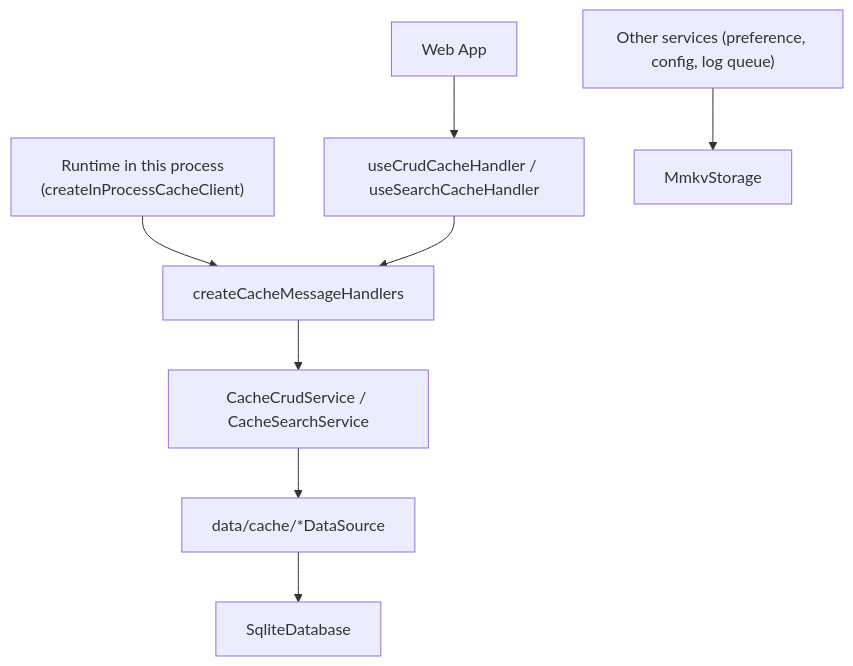
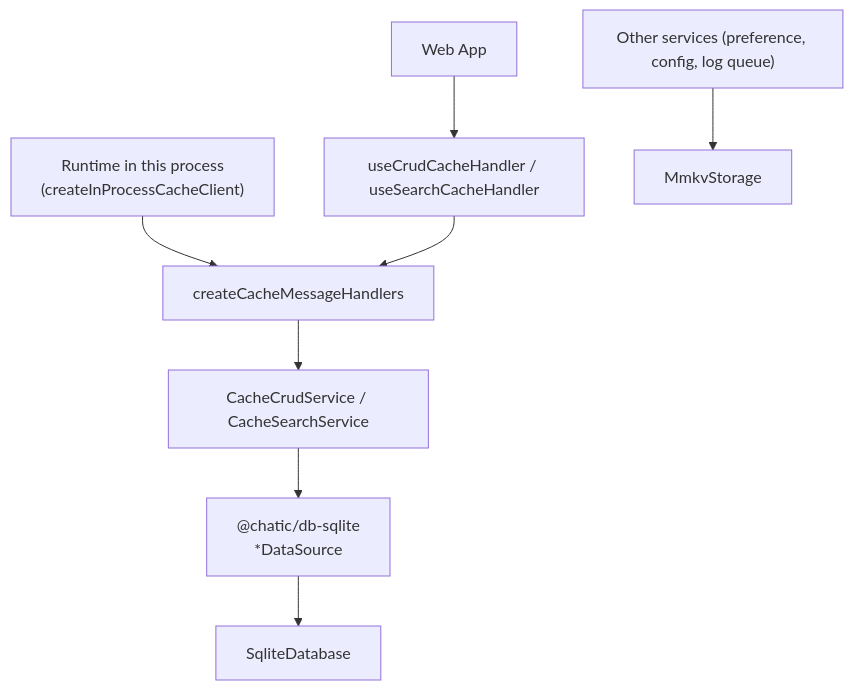
Before and after one commit to lemoncloud-io/dou-app: the first of 2 diagrams in apps/mobile/docs/storage/cache.md, drawn with Mermaid. The commit also changed other lines of this file and 108 other files, not shown here.

First line of the commit message:
refactor(mobile,db): move the app sqlite schema and cache services into @chatic/db-sqlite

````diff
--- a/apps/mobile/docs/storage/cache.md
+++ b/apps/mobile/docs/storage/cache.md
@@ -30,10 +30,10 @@
 ```mermaid
 flowchart TD
     Web["Web App"] --> Handler["useCrudCacheHandler / useSearchCacheHandler"]
     Runtime["Runtime in this process<br/>(createInProcessCacheClient)"] --> Handlers
     Handler --> Handlers["createCacheMessageHandlers"]
     Handlers --> CacheService["CacheCrudService / CacheSearchService"]
-    CacheService --> DataSource["data/cache/*DataSource"]
+    CacheService --> DataSource["@chatic/db-sqlite<br/>*DataSource"]
     DataSource --> SQLite["SqliteDatabase"]
     OtherService["Other services (preference, config, log queue)"] --> MMKV["MmkvStorage"]
 ```
````
